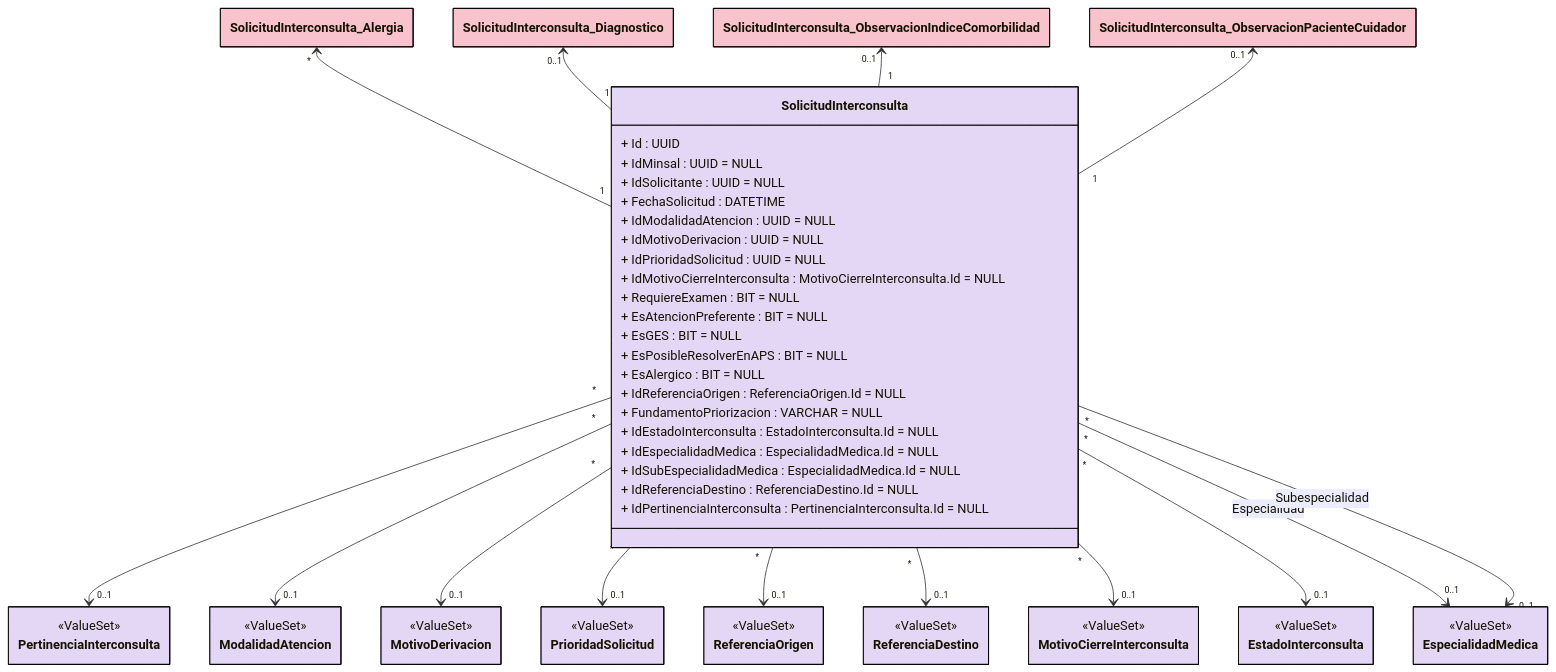
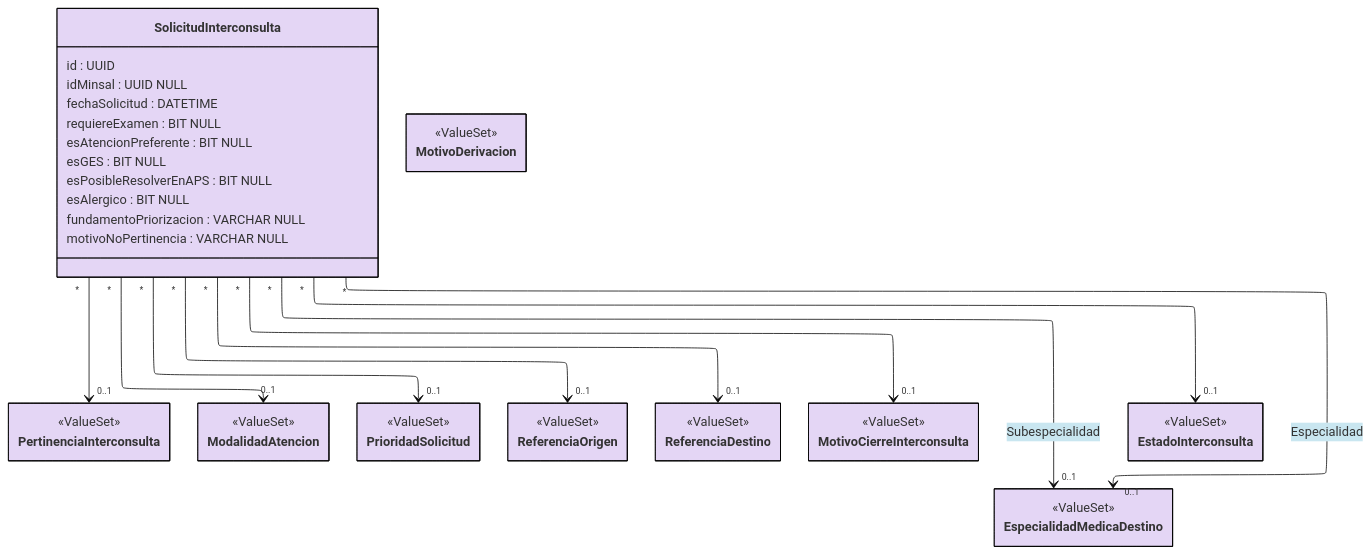
Before and after one commit to chris-f23/diagramas-fhir-tei: the diagram in docs/bundle-iniciar/SolicitudInterconsulta.mmd, drawn with Mermaid. The commit also changed 16 other files, not shown here.

Commit message:
Refactoriza diagramas en bundle de inicio

```diff
--- a/docs/bundle-iniciar/SolicitudInterconsulta.mmd
+++ b/docs/bundle-iniciar/SolicitudInterconsulta.mmd
@@ -1,115 +1,79 @@
 ---
 config:
+  layout: elk
+  theme: base
   class:
     hideEmptyMembersBox: true
+  themeVariables:
+    primaryBorderColor: "#000000"
+    primaryColor: "#C9E6F0"
 ---
+
 classDiagram
 direction TB
 
-class SolicitudInterconsulta_Alergia { }
-style SolicitudInterconsulta_Alergia fill:#f8c3cd,stroke:#000000
-link SolicitudInterconsulta_Alergia "./Alergia.mmd"
+class SolicitudInterconsulta {
+  id : UUID
+  idMinsal : UUID NULL
 
-class SolicitudInterconsulta_Diagnostico { }
-style SolicitudInterconsulta_Diagnostico fill:#f8c3cd,stroke:#000000
-link SolicitudInterconsulta_Diagnostico "./Diagnostico.mmd"
-
-class SolicitudInterconsulta_ObservacionIndiceComorbilidad { }
-style SolicitudInterconsulta_ObservacionIndiceComorbilidad fill:#f8c3cd,stroke:#000000
-link SolicitudInterconsulta_ObservacionIndiceComorbilidad "./ObservacionIndiceComorbilidad.mmd"
-
-class SolicitudInterconsulta_ObservacionPacienteCuidador { }
-style SolicitudInterconsulta_ObservacionPacienteCuidador fill:#f8c3cd,stroke:#000000
-link SolicitudInterconsulta_ObservacionPacienteCuidador "./ObservacionPacienteCuidador.mmd"
-
-SolicitudInterconsulta_Alergia "*" <-- "1" SolicitudInterconsulta
-SolicitudInterconsulta_Diagnostico "0..1" <-- "1" SolicitudInterconsulta
-SolicitudInterconsulta_ObservacionIndiceComorbilidad "0..1" <-- "1" SolicitudInterconsulta
-SolicitudInterconsulta_ObservacionPacienteCuidador "0..1" <-- "1" SolicitudInterconsulta
-
-class SolicitudInterconsulta {
-
-  %% Identificador interno de la solicitud de interconsulta.
-  %% ServiceRequest.id
-  + Id : UUID
-
-  %% Identificador de la solicitud de interconsulta generado por MINSAL luego de procesar el evento de inicio.
-  + IdMinsal : UUID = NULL
-
-  %% Identificador de la solicitud de interconsulta generado por un sistema en el establecimiento solicitante, solo si el establecimiento solicitante no es el mismo HRA.
-  + IdSolicitante : UUID = NULL
-
-  %% ServiceRequest.authoredOn
-  + FechaSolicitud : DATETIME
-  %% ServiceRequest.category
-  + IdModalidadAtencion : UUID = NULL
-  %% ServiceRequest.reasonCode
-  + IdMotivoDerivacion : UUID = NULL
-  %% ServiceRequest.priority
-  + IdPrioridadSolicitud : UUID = NULL
-
-  %% SLICES FOR EXTENSION
-  + IdMotivoCierreInterconsulta : MotivoCierreInterconsulta.Id = NULL
-  + RequiereExamen : BIT = NULL
-  + EsAtencionPreferente : BIT = NULL
-  + EsGES : BIT = NULL
-  + EsPosibleResolverEnAPS : BIT = NULL
-  + EsAlergico : BIT = NULL
-  + IdReferenciaOrigen : ReferenciaOrigen.Id = NULL
-  + FundamentoPriorizacion : VARCHAR = NULL
-  + IdEstadoInterconsulta : EstadoInterconsulta.Id = NULL
-  + IdEspecialidadMedica : EspecialidadMedica.Id = NULL
-  + IdSubEspecialidadMedica : EspecialidadMedica.Id = NULL
-  + IdReferenciaDestino : ReferenciaDestino.Id = NULL
-  + IdPertinenciaInterconsulta : PertinenciaInterconsulta.Id = NULL
-
-  %% SLICES FOR SUPPORTINGINFO
-  %% + IdDiagnosticoInicio :
+  fechaSolicitud : DATETIME
+  requiereExamen : BIT NULL
+  esAtencionPreferente : BIT NULL
+  esGES : BIT NULL
+  esPosibleResolverEnAPS : BIT NULL
+  esAlergico : BIT NULL
+  fundamentoPriorizacion : VARCHAR NULL
+  motivoNoPertinencia : VARCHAR NULL
 }
-style SolicitudInterconsulta fill:#e4d6f5,stroke:#000000
 
 class PertinenciaInterconsulta { <<ValueSet>> }
-SolicitudInterconsulta "*" --> "0..1" PertinenciaInterconsulta
-link PertinenciaInterconsulta "https://build.fhir.org/ig/Minsal-CL/SIGTEv2-IG/ValueSet-VSPertinenciaInterconsulta.html"
-style PertinenciaInterconsulta fill:#e4d6f5,stroke:#000000
+class ModalidadAtencion { <<ValueSet>> }
+class MotivoDerivacion { <<ValueSet>> }
+class PrioridadSolicitud { <<ValueSet>> }
+class ReferenciaOrigen { <<ValueSet>> }
+class ReferenciaDestino { <<ValueSet>> }
 
-class ModalidadAtencion { <<ValueSet>> }
-SolicitudInterconsulta "*" --> "0..1" ModalidadAtencion
-link ModalidadAtencion "https://build.fhir.org/ig/Minsal-CL/SIGTEv2-IG/ValueSet-VSModalidadAtencionCodigo.html"
-style ModalidadAtencion fill:#e4d6f5,stroke:#000000
-
-class MotivoDerivacion { <<ValueSet>> }
-SolicitudInterconsulta "*" --> "0..1" MotivoDerivacion
-link MotivoDerivacion "https://build.fhir.org/ig/Minsal-CL/SIGTEv2-IG/StructureDefinition-QuestionnaireResponseIniciarLE.html"
-style MotivoDerivacion fill:#e4d6f5,stroke:#000000
-
-class PrioridadSolicitud { <<ValueSet>> }
-SolicitudInterconsulta "*" --> "0..1" PrioridadSolicitud
-link PrioridadSolicitud "https://hl7.org/fhir/R4/valueset-request-priority.html"
-style PrioridadSolicitud fill:#e4d6f5,stroke:#000000
-
-class ReferenciaOrigen { <<ValueSet>> }
-SolicitudInterconsulta "*" --> "0..1" ReferenciaOrigen
-link ReferenciaOrigen "https://build.fhir.org/ig/Minsal-CL/SIGTEv2-IG/ValueSet-VSorigenInterconsulta.html"
-style ReferenciaOrigen fill:#e4d6f5,stroke:#000000
-
-class ReferenciaDestino { <<ValueSet>> }
-SolicitudInterconsulta "*" --> "0..1" ReferenciaDestino
-link ReferenciaDestino "https://build.fhir.org/ig/Minsal-CL/SIGTEv2-IG/ValueSet-VSDestinoReferenciaCodigo.html"
-style ReferenciaDestino fill:#e4d6f5,stroke:#000000
 
 class MotivoCierreInterconsulta { <<ValueSet>> }
+class EstadoInterconsulta { <<ValueSet>> }
+class EspecialidadMedicaDestino { <<ValueSet>> }
+
+
+SolicitudInterconsulta "*" --> "0..1" PertinenciaInterconsulta
+SolicitudInterconsulta "*" --> "0..1" PrioridadSolicitud
+SolicitudInterconsulta "*" --> "0..1" ReferenciaOrigen
+SolicitudInterconsulta "*" --> "0..1" ModalidadAtencion
+SolicitudInterconsulta "*" --> "0..1" ReferenciaDestino
 SolicitudInterconsulta "*" --> "0..1" MotivoCierreInterconsulta
+SolicitudInterconsulta "*" --> "0..1" EstadoInterconsulta
+SolicitudInterconsulta "*" --> "0..1" EspecialidadMedicaDestino: Especialidad
+SolicitudInterconsulta "*" --> "0..1" EspecialidadMedicaDestino: Subespecialidad
+
+
+style SolicitudInterconsulta fill:#e4d6f5,stroke:#000000
+style SolicitudInterconsulta_Alergia fill:#f8c3cd,stroke:#000000
+style SolicitudInterconsulta_Diagnostico fill:#f8c3cd,stroke:#000000
+style SolicitudInterconsulta_ObservacionIndiceComorbilidad fill:#f8c3cd,stroke:#000000
+style PertinenciaInterconsulta fill:#e4d6f5,stroke:#000000
+style ModalidadAtencion fill:#e4d6f5,stroke:#000000
+style MotivoDerivacion fill:#e4d6f5,stroke:#000000
+style PrioridadSolicitud fill:#e4d6f5,stroke:#000000
+style ReferenciaOrigen fill:#e4d6f5,stroke:#000000
+style ReferenciaDestino fill:#e4d6f5,stroke:#000000
+style MotivoCierreInterconsulta fill:#e4d6f5,stroke:#000000
+style EstadoInterconsulta fill:#e4d6f5,stroke:#000000
+style EspecialidadMedicaDestino fill:#e4d6f5,stroke:#000000
+style SolicitudInterconsulta_ObservacionPacienteCuidador fill:#f8c3cd,stroke:#000000
+
+link SolicitudInterconsulta_ObservacionPacienteCuidador "./ObservacionPacienteCuidador.mmd"
+link SolicitudInterconsulta_Diagnostico "./Diagnostico.mmd"
+link SolicitudInterconsulta_ObservacionIndiceComorbilidad "./ObservacionIndiceComorbilidad.mmd"
+link PertinenciaInterconsulta "https://build.fhir.org/ig/Minsal-CL/SIGTEv2-IG/ValueSet-VSPertinenciaInterconsulta.html"
+link ModalidadAtencion "https://build.fhir.org/ig/Minsal-CL/SIGTEv2-IG/ValueSet-VSModalidadAtencionCodigo.html"
+link MotivoDerivacion "https://build.fhir.org/ig/Minsal-CL/SIGTEv2-IG/StructureDefinition-QuestionnaireResponseIniciarLE.html"
+link PrioridadSolicitud "https://hl7.org/fhir/R4/valueset-request-priority.html"
+link ReferenciaOrigen "https://build.fhir.org/ig/Minsal-CL/SIGTEv2-IG/ValueSet-VSorigenInterconsulta.html"
+link ReferenciaDestino "https://build.fhir.org/ig/Minsal-CL/SIGTEv2-IG/ValueSet-VSDestinoReferenciaCodigo.html"
 link MotivoCierreInterconsulta "https://build.fhir.org/ig/Minsal-CL/SIGTEv2-IG/ValueSet-VSMotivoCierreInterconsulta.html"
-style MotivoCierreInterconsulta fill:#e4d6f5,stroke:#000000
-
-class EstadoInterconsulta { <<ValueSet>> }
-SolicitudInterconsulta "*" --> "0..1" EstadoInterconsulta
 link EstadoInterconsulta "https://build.fhir.org/ig/Minsal-CL/SIGTEv2-IG/ValueSet-VSEstadoInterconsulta.html"
-style EstadoInterconsulta fill:#e4d6f5,stroke:#000000
-
-class EspecialidadMedica { <<ValueSet>> }
-SolicitudInterconsulta "*" --> "0..1" EspecialidadMedica: Especialidad
-SolicitudInterconsulta "*" --> "0..1" EspecialidadMedica: Subespecialidad
-link EspecialidadMedica "https://build.fhir.org/ig/Minsal-CL/SIGTEv2-IG/ValueSet-VSEspecialidadMed.html"
-style EspecialidadMedica fill:#e4d6f5,stroke:#000000
+link EspecialidadMedicaDestino "https://build.fhir.org/ig/Minsal-CL/SIGTEv2-IG/ValueSet-VsEspecialidadDest.html"
```
